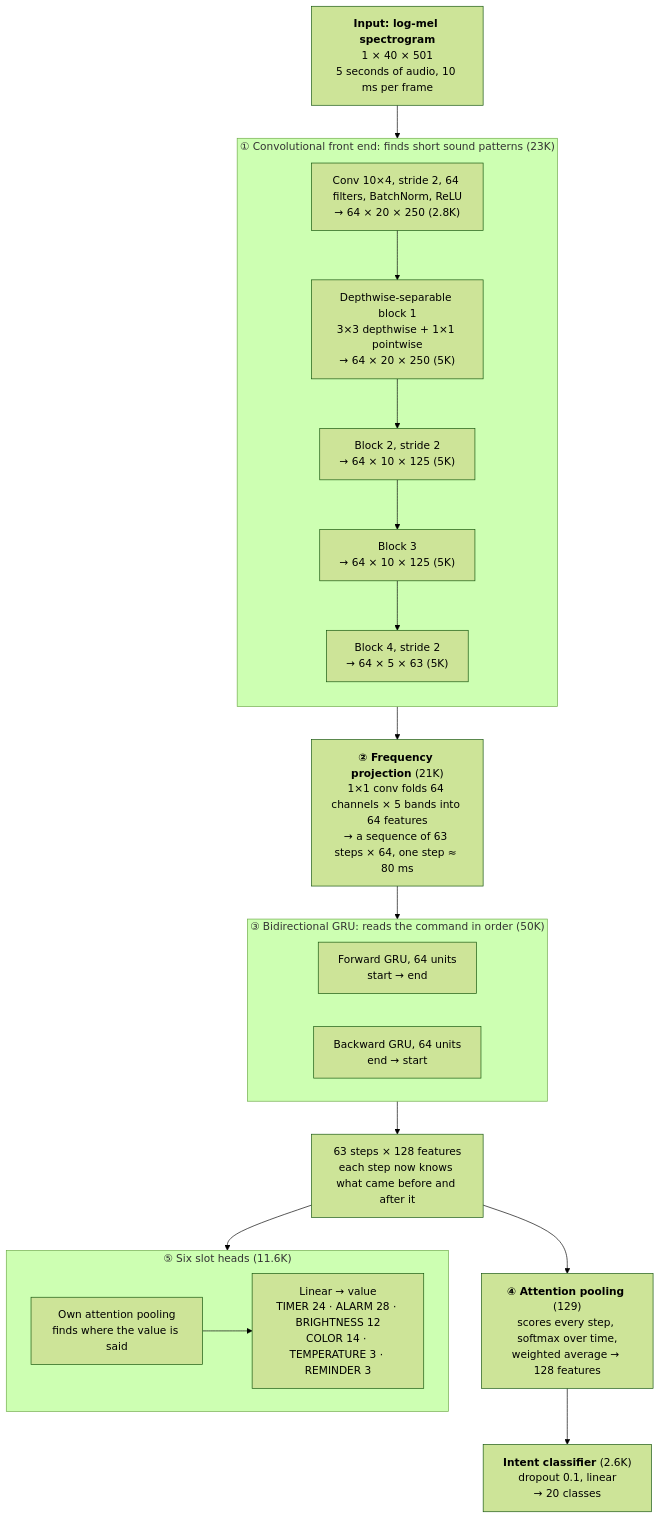
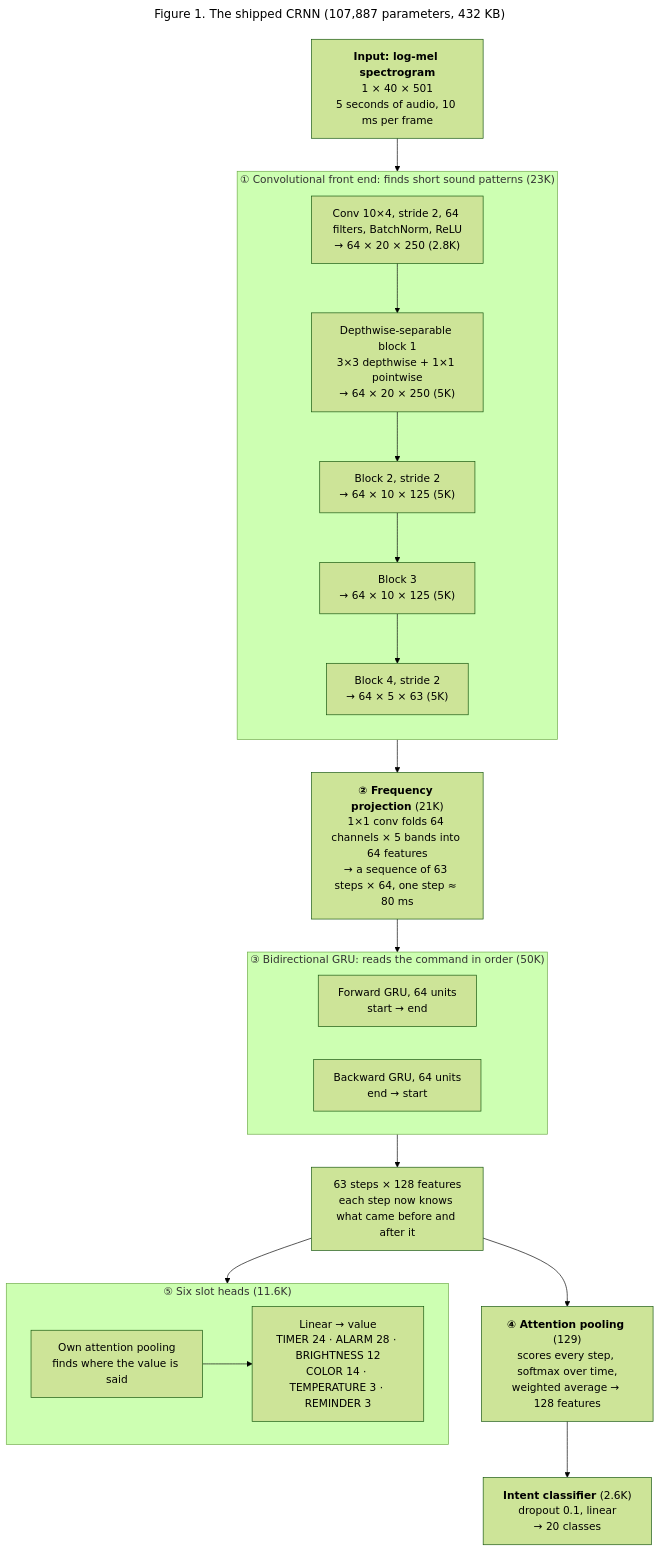
Before and after one commit to quielq/quielq-vcm: the first of 4 diagrams in docs/MODEL.md, drawn with Mermaid (forest theme). The commit also changed other lines of this file, not shown here.

Commit message:
MODEL.md: figure titles and short summaries for each diagram

````diff
--- a/docs/MODEL.md
+++ b/docs/MODEL.md
@@ -66,38 +73,41 @@
 ```mermaid
+---
+title: Figure 1. The shipped CRNN (107,887 parameters, 432 KB)
+---
 flowchart TB
     IN["<b>Input: log-mel spectrogram</b><br/>1 × 40 × 501<br/>5 seconds of audio, 10 ms per frame"]
 
     subgraph CNN["① Convolutional front end: finds short sound patterns (23K)"]
         direction TB
         C1["Conv 10×4, stride 2, 64 filters, BatchNorm, ReLU<br/>→ 64 × 20 × 250 (2.8K)"]
         D1["Depthwise-separable block 1<br/>3×3 depthwise + 1×1 pointwise<br/>→ 64 × 20 × 250 (5K)"]
         D2["Block 2, stride 2<br/>→ 64 × 10 × 125 (5K)"]
         D3["Block 3<br/>→ 64 × 10 × 125 (5K)"]
         D4["Block 4, stride 2<br/>→ 64 × 5 × 63 (5K)"]
         C1 --> D1 --> D2 --> D3 --> D4
     end
 
     P["<b>② Frequency projection</b> (21K)<br/>1×1 conv folds 64 channels × 5 bands into 64 features<br/>→ a sequence of 63 steps × 64, one step ≈ 80 ms"]
 
     subgraph RNN["③ Bidirectional GRU: reads the command in order (50K)"]
         direction LR
         F["Forward GRU, 64 units<br/>start → end"]
         B["Backward GRU, 64 units<br/>end → start"]
     end
 
     S["63 steps × 128 features<br/>each step now knows what came before and after it"]
 
     A["<b>④ Attention pooling</b> (129)<br/>scores every step, softmax over time,<br/>weighted average → 128 features"]
     I["<b>Intent classifier</b> (2.6K)<br/>dropout 0.1, linear<br/>→ 20 classes"]
 
     subgraph SLOTS["⑤ Six slot heads (11.6K)"]
         direction LR
         SA["Own attention pooling<br/>finds where the value is said"]
         SC["Linear → value<br/>TIMER 24 · ALARM 28 · BRIGHTNESS 12<br/>COLOR 14 · TEMPERATURE 3 · REMINDER 3"]
         SA --> SC
     end
 
     IN --> CNN --> P --> RNN --> S
     S --> A --> I
     S --> SLOTS
 ```
````
